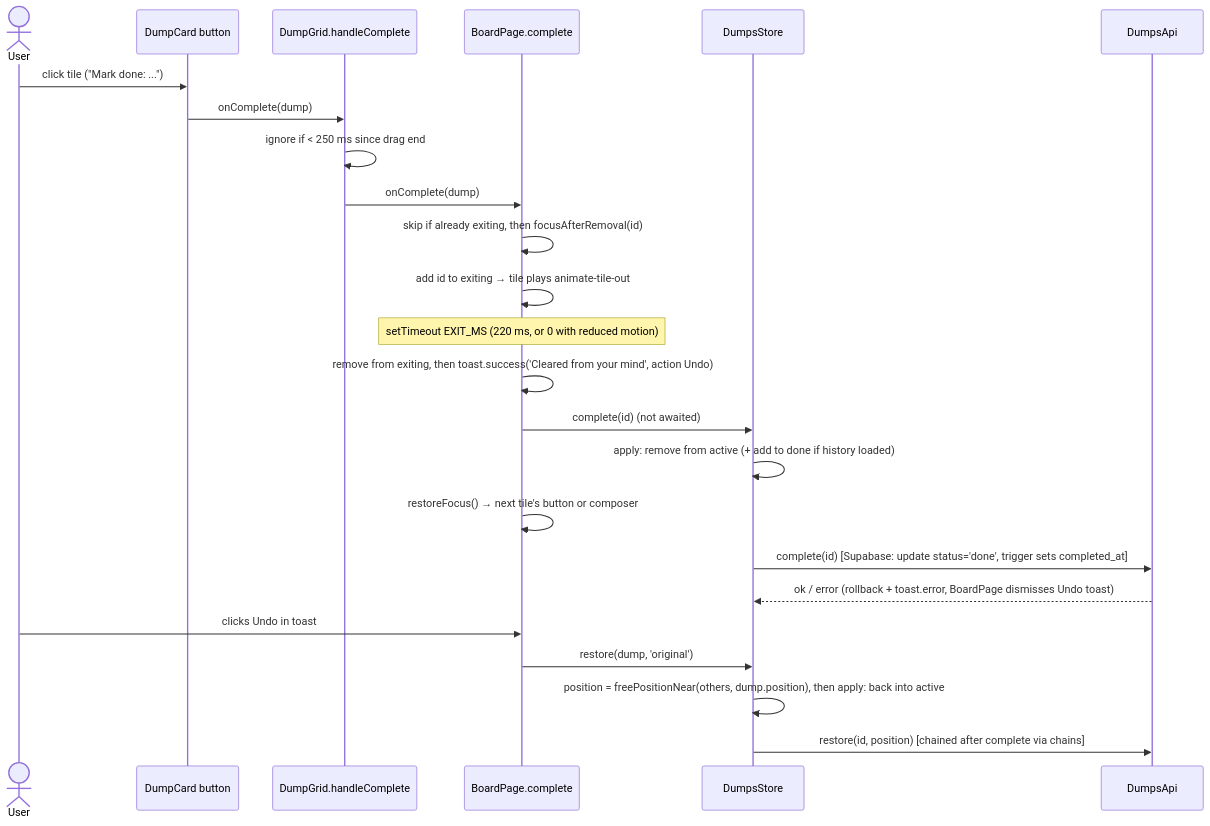
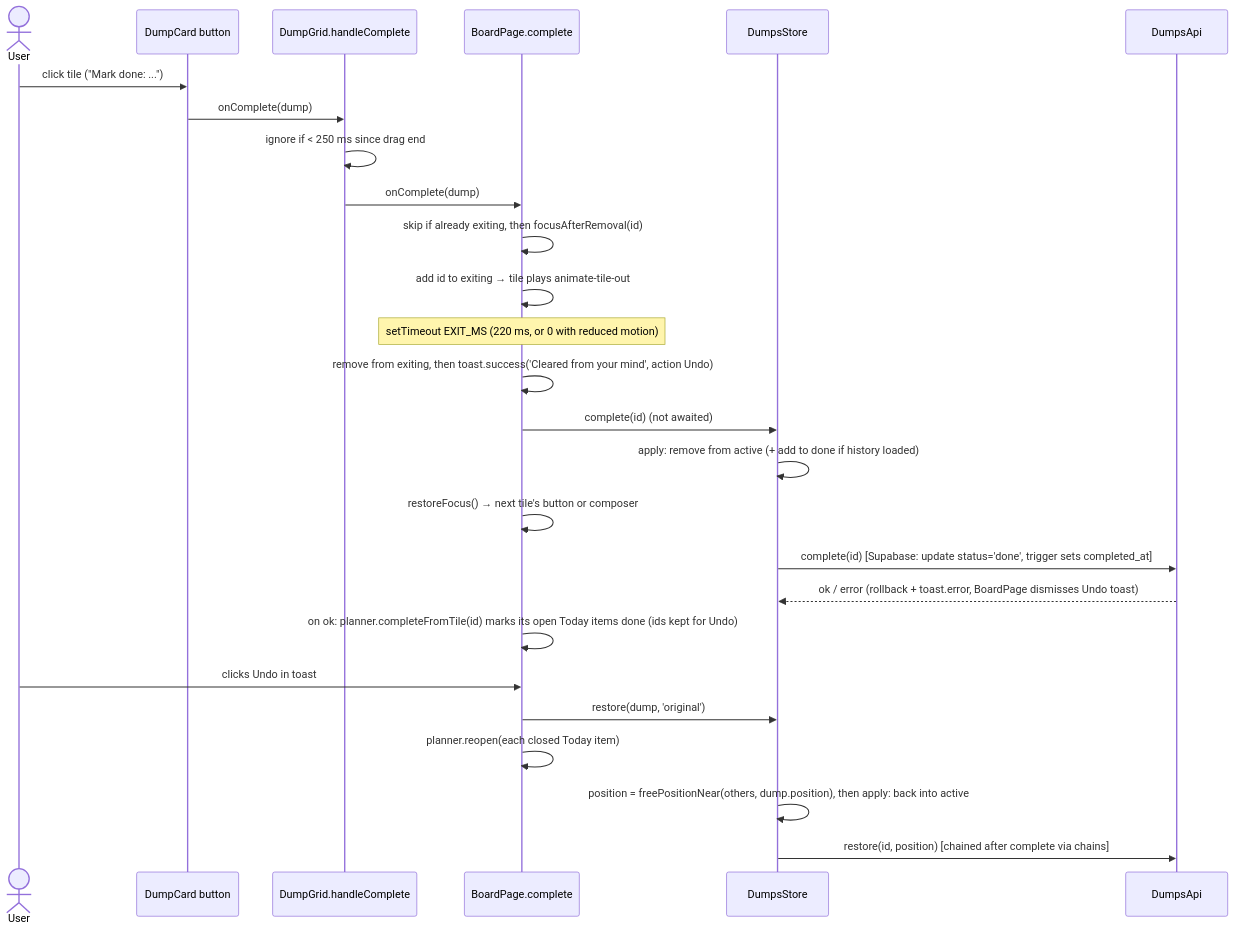
One commit to GamerNishant/mind-dump changed the fourth of 5 diagrams in FLOW.md. Above: the diagram before and after it, drawn with Mermaid. The commit also changed other lines of this file and 17 other files, not shown here.

First line of the commit message:
Log Study across both hours, sync Done between Today and board, calmer Today

````diff
--- a/FLOW.md
+++ b/FLOW.md
@@ -167,26 +167,28 @@
 ```mermaid
 sequenceDiagram
   actor U as User
   participant C as DumpCard button
   participant G as DumpGrid.handleComplete
   participant BP as BoardPage.complete
   participant S as DumpsStore
   participant API as DumpsApi
   U->>C: click tile ("Mark done: ...")
   C->>G: onComplete(dump)
   G->>G: ignore if < 250 ms since drag end
   G->>BP: onComplete(dump)
   BP->>BP: skip if already exiting, then focusAfterRemoval(id)
   BP->>BP: add id to exiting → tile plays animate-tile-out
   Note over BP: setTimeout EXIT_MS (220 ms, or 0 with reduced motion)
   BP->>BP: remove from exiting, then toast.success('Cleared from your mind', action Undo)
   BP->>S: complete(id) (not awaited)
   S->>S: apply: remove from active (+ add to done if history loaded)
   BP->>BP: restoreFocus() → next tile's button or composer
   S->>API: complete(id)  [Supabase: update status='done', trigger sets completed_at]
   API-->>S: ok / error (rollback + toast.error, BoardPage dismisses Undo toast)
+  BP->>BP: on ok: planner.completeFromTile(id) marks its open Today items done (ids kept for Undo)
   U->>BP: clicks Undo in toast
   BP->>S: restore(dump, 'original')
+  BP->>BP: planner.reopen(each closed Today item)
   S->>S: position = freePositionNear(others, dump.position), then apply: back into active
   S->>API: restore(id, position)  [chained after complete via chains]
 ```
````
